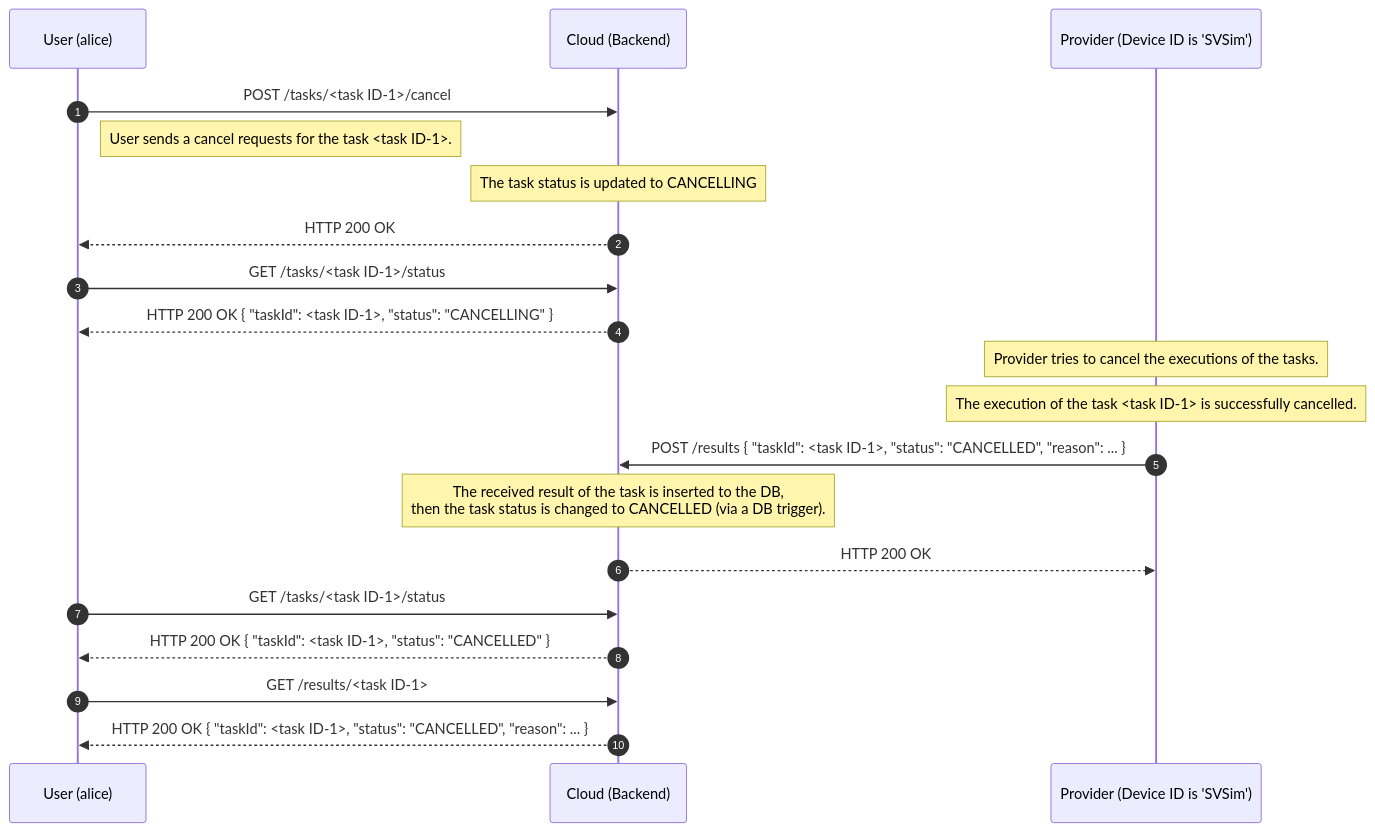
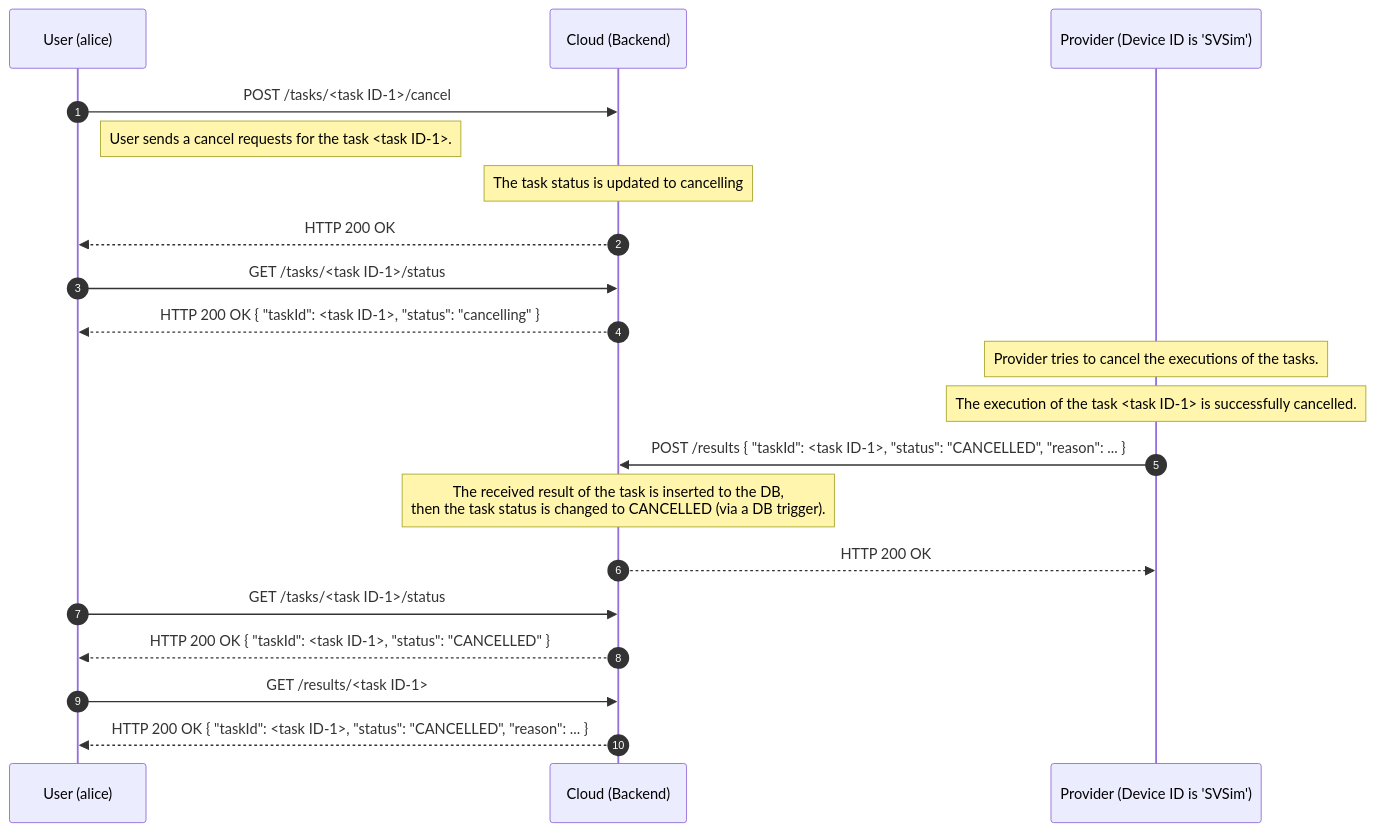
The third of 3 diagrams in docs/ja/architecture/sequence_diagram.md (oqtopus-team/oqtopus-cloud), drawn with Mermaid before and after one commit. The commit also changed other lines of this file and 79 other files, not shown here.

Commit message:
refactor: Revise job schemas  (#43)

````diff
--- a/docs/ja/architecture/sequence_diagram.md
+++ b/docs/ja/architecture/sequence_diagram.md
@@ -137,28 +137,28 @@
 ```mermaid
 sequenceDiagram
     autonumber
     participant User as User (alice)
     participant Cloud as Cloud (Backend)
     participant Provider as Provider (Device ID is 'SVSim')
 
     User->>Cloud: POST /tasks/<task ID-1>/cancel
     Note right of User: User sends a cancel requests for the task <task ID-1>.
-    Note over Cloud: The task status is updated to CANCELLING
+    Note over Cloud: The task status is updated to cancelling
     Cloud-->>User: HTTP 200 OK
 
     User->>Cloud: GET /tasks/<task ID-1>/status
-    Cloud-->>User: HTTP 200 OK { "taskId": <task ID-1>, "status": "CANCELLING" }
+    Cloud-->>User: HTTP 200 OK { "taskId": <task ID-1>, "status": "cancelling" }
 
     Note over Provider: Provider tries to cancel the executions of the tasks.
     Note over Provider: The execution of the task <task ID-1> is successfully cancelled.
     Provider->>Cloud: POST /results { "taskId": <task ID-1>, "status": "CANCELLED", "reason": ... }
 
     Note over Cloud: The received result of the task is inserted to the DB,<br> then the task status is changed to CANCELLED (via a DB trigger).
     Cloud-->>Provider: HTTP 200 OK
 
     User->>Cloud: GET /tasks/<task ID-1>/status
     Cloud-->>User: HTTP 200 OK { "taskId": <task ID-1>, "status": "CANCELLED" }
 
     User->>Cloud: GET /results/<task ID-1>
     Cloud-->>User: HTTP 200 OK { "taskId": <task ID-1>, "status": "CANCELLED", "reason": ... }
 ```
````
